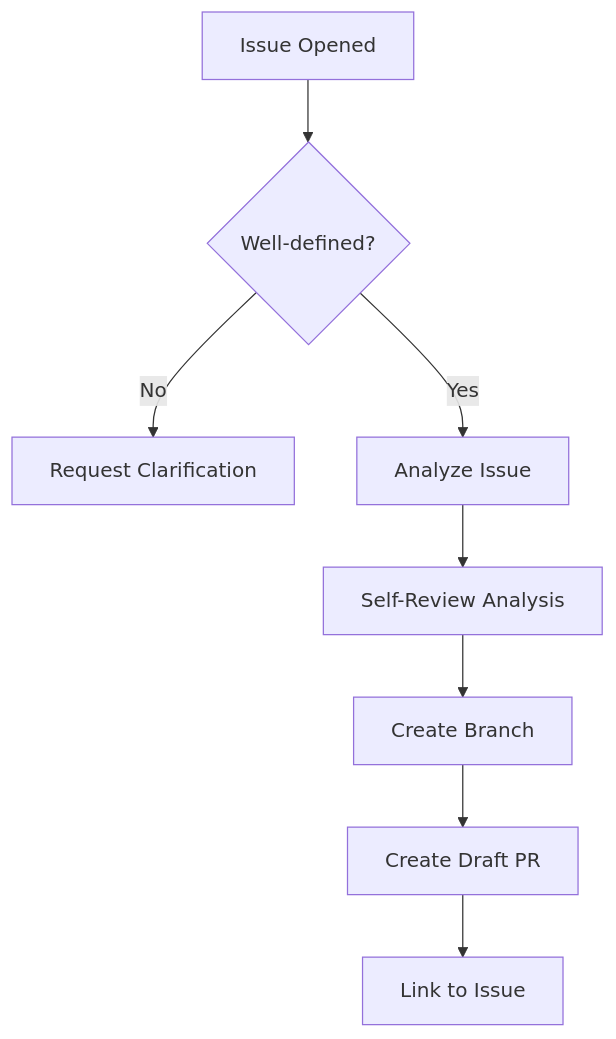
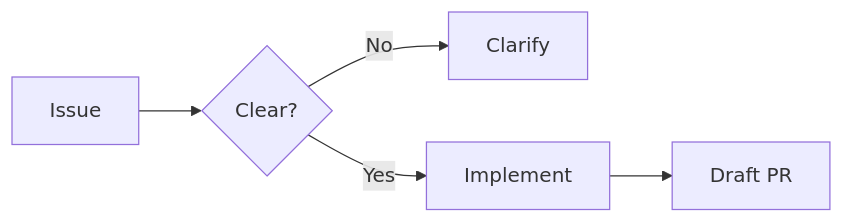
Before and after one commit to ambient-code/reference: the first of 4 diagrams in docs/patterns/gha-automation-patterns.md, drawn with Mermaid. The commit also changed other lines of this file and 8 other files, not shown here.

First line of the commit message:
docs: simplify mermaid diagrams for visual clarity (#17)

````diff
--- a/docs/patterns/gha-automation-patterns.md
+++ b/docs/patterns/gha-automation-patterns.md
@@ -17,10 +17,7 @@
 ```mermaid
-flowchart TD
-    A[Issue Opened] --> B{Well-defined?}
-    B -->|No| C[Request Clarification]
-    B -->|Yes| D[Analyze Issue]
-    D --> E[Self-Review Analysis]
-    E --> F[Create Branch]
-    F --> G[Create Draft PR]
-    G --> H[Link to Issue]
+flowchart LR
+    A[Issue] --> B{Clear?}
+    B -->|No| C[Clarify]
+    B -->|Yes| D[Implement]
+    D --> E[Draft PR]
 ```
````
